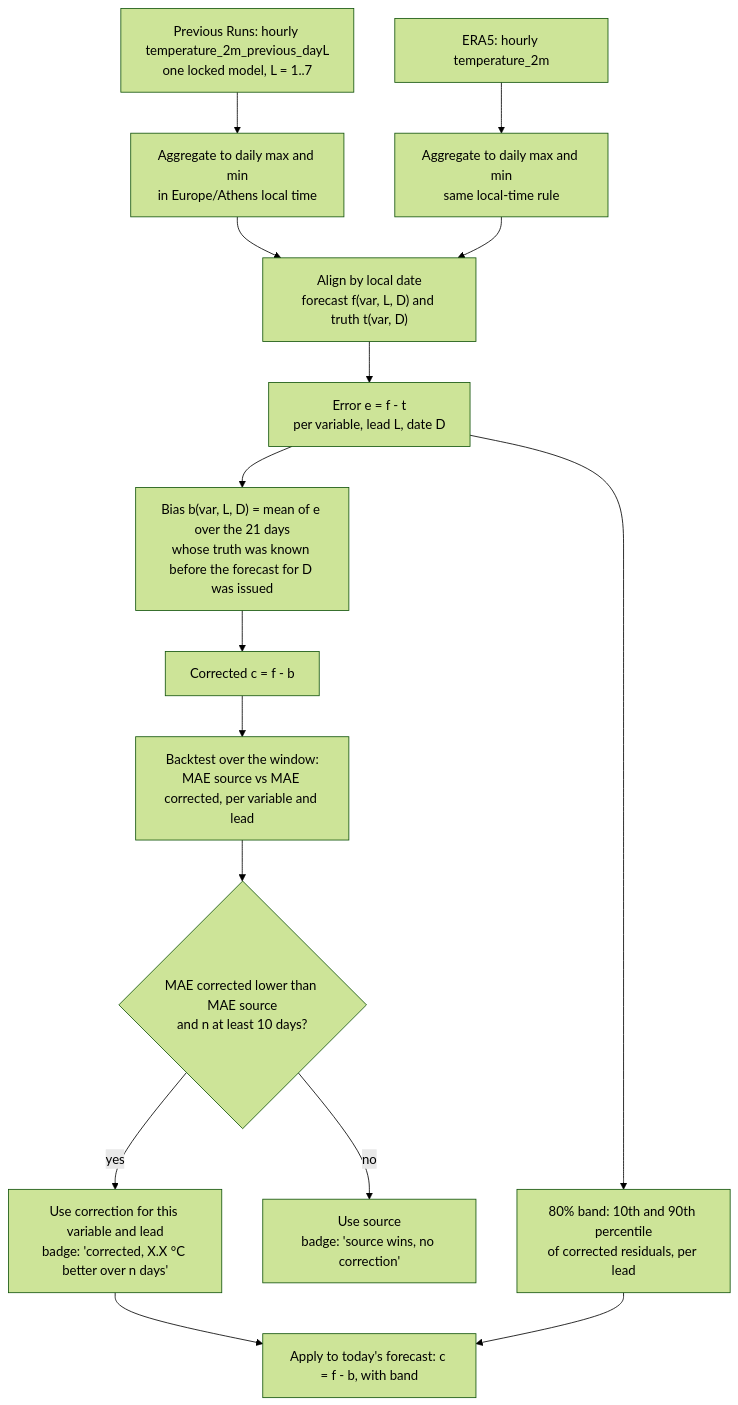
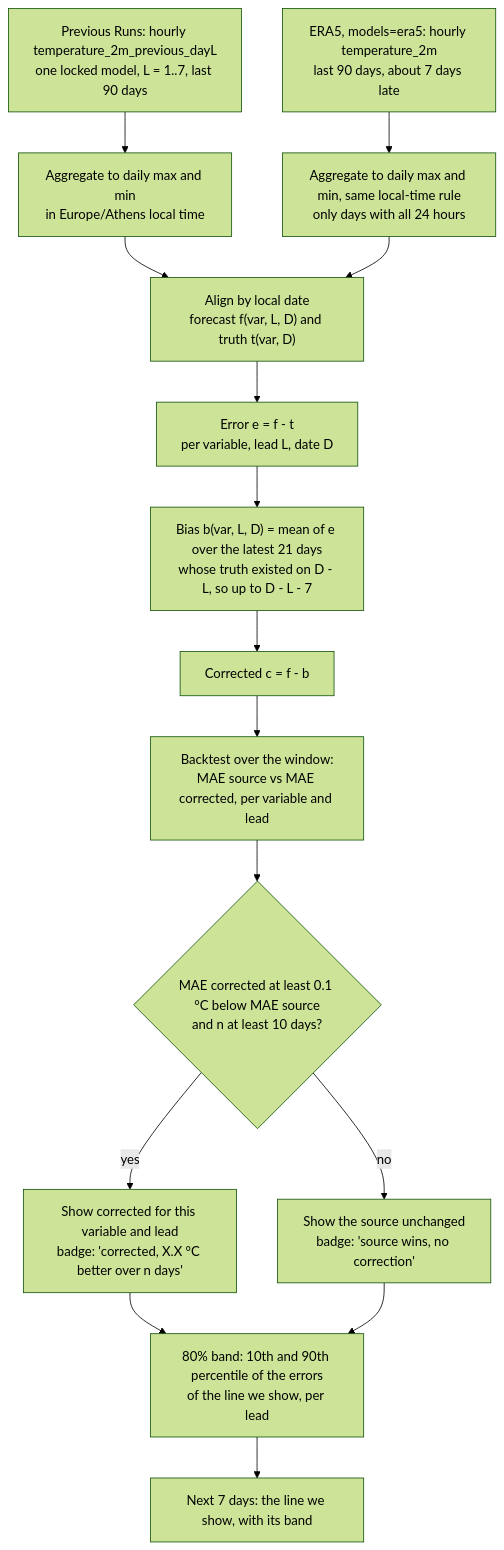
One commit to pikionis/Weather-Quick changed the third of 4 diagrams in docs/architecture.md. Above: the diagram before and after it, drawn with Mermaid (forest theme). The commit also changed other lines of this file and 7 other files, not shown here.

````diff
--- a/docs/architecture.md
+++ b/docs/architecture.md
@@ -115,17 +115,17 @@
 ```mermaid
 flowchart TD
-  A["Previous Runs: hourly temperature_2m_previous_dayL<br/>one locked model, L = 1..7"] --> B["Aggregate to daily max and min<br/>in Europe/Athens local time"]
-  C["ERA5: hourly temperature_2m"] --> D["Aggregate to daily max and min<br/>same local-time rule"]
+  A["Previous Runs: hourly temperature_2m_previous_dayL<br/>one locked model, L = 1..7, last 90 days"] --> B["Aggregate to daily max and min<br/>in Europe/Athens local time"]
+  C["ERA5, models=era5: hourly temperature_2m<br/>last 90 days, about 7 days late"] --> D["Aggregate to daily max and min, same local-time rule<br/>only days with all 24 hours"]
   B --> E["Align by local date<br/>forecast f(var, L, D) and truth t(var, D)"]
   D --> E
   E --> F["Error e = f - t<br/>per variable, lead L, date D"]
-  F --> G["Bias b(var, L, D) = mean of e over the 21 days<br/>whose truth was known before the forecast for D was issued"]
+  F --> G["Bias b(var, L, D) = mean of e over the latest 21 days<br/>whose truth existed on D - L, so up to D - L - 7"]
   G --> H["Corrected c = f - b"]
   H --> I["Backtest over the window:<br/>MAE source vs MAE corrected, per variable and lead"]
-  F --> J["80% band: 10th and 90th percentile<br/>of corrected residuals, per lead"]
-  I --> K{"MAE corrected lower than MAE source<br/>and n at least 10 days?"}
-  K -- yes --> L["Use correction for this variable and lead<br/>badge: 'corrected, X.X °C better over n days'"]
-  K -- no --> M["Use source<br/>badge: 'source wins, no correction'"]
-  L --> N["Apply to today's forecast: c = f - b, with band"]
-  J --> N
+  I --> K{"MAE corrected at least 0.1 °C below MAE source<br/>and n at least 10 days?"}
+  K -- yes --> L["Show corrected for this variable and lead<br/>badge: 'corrected, X.X °C better over n days'"]
+  K -- no --> M["Show the source unchanged<br/>badge: 'source wins, no correction'"]
+  L --> J["80% band: 10th and 90th percentile of the errors<br/>of the line we show, per lead"]
+  M --> J
+  J --> N["Next 7 days: the line we show, with its band"]
 ```
````
